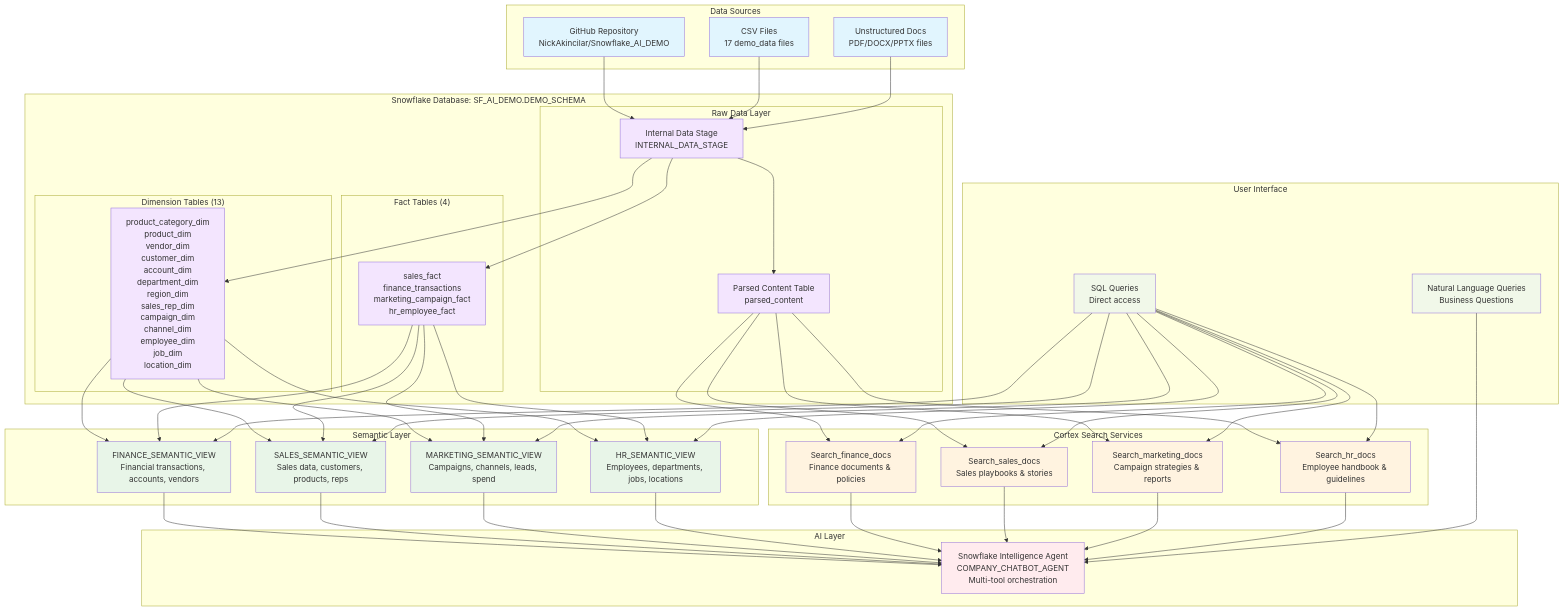
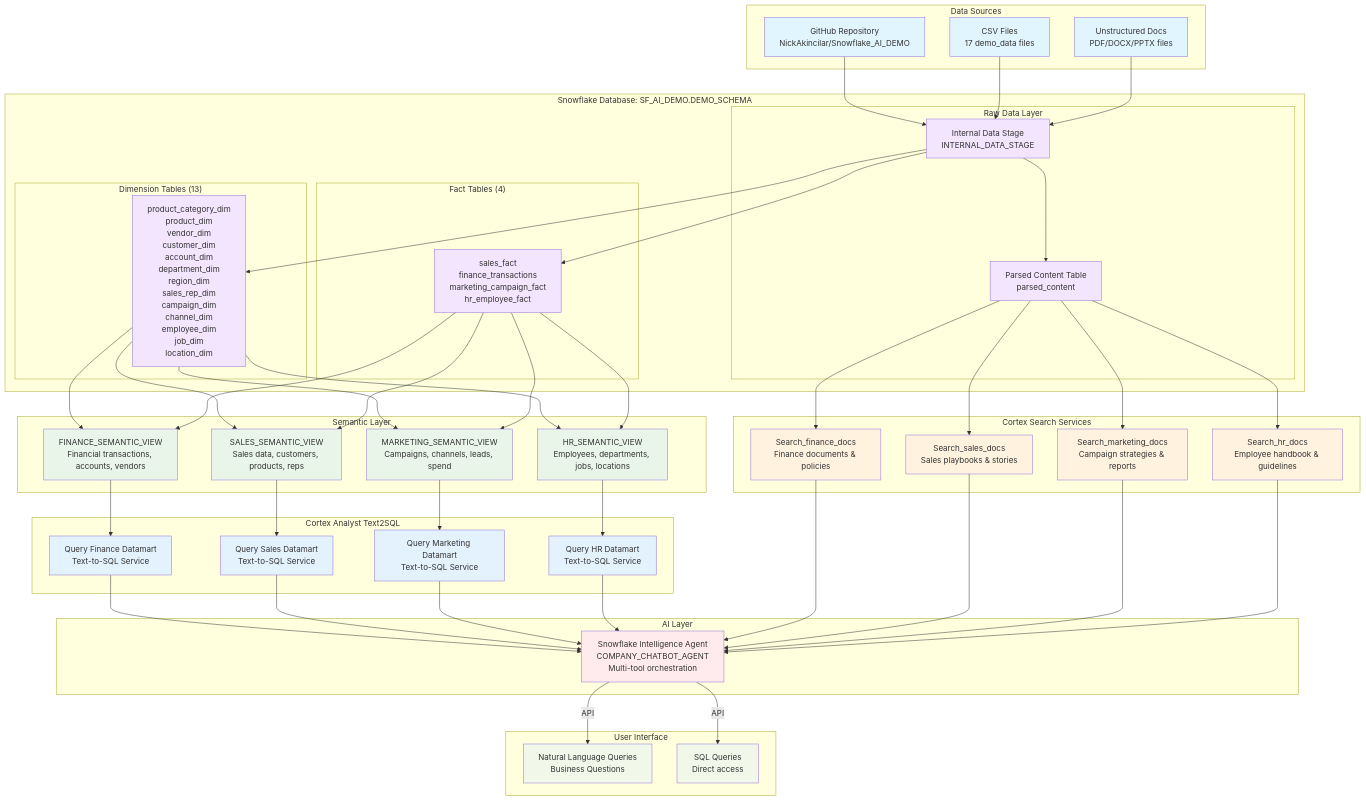
One commit to shabnam-b/Snowflake_AI_DEMO changed the diagram in README.md. Above: the diagram before and after it, drawn with Mermaid. The commit also changed other lines of this file, not shown here.

```diff
--- a/README.md
+++ b/README.md
@@ -70,6 +70,13 @@
         I[SALES_SEMANTIC_VIEW<br/>Sales data, customers, products, reps]
         J[MARKETING_SEMANTIC_VIEW<br/>Campaigns, channels, leads, spend]
         K[HR_SEMANTIC_VIEW<br/>Employees, departments, jobs, locations]
+    end
+
+    subgraph "Cortex Analyst Text2SQL"
+        S[Query Finance Datamart<br/>Text-to-SQL Service]
+        T[Query Sales Datamart<br/>Text-to-SQL Service]
+        U[Query Marketing Datamart<br/>Text-to-SQL Service]
+        V[Query HR Datamart<br/>Text-to-SQL Service]
     end
 
     subgraph "Cortex Search Services"
@@ -106,6 +113,12 @@
     F --> K
     G --> K
     
+    %% Cortex Analyst connections
+    H --> S
+    I --> T
+    J --> U
+    K --> V
+    
     %% Search Services
     E --> L
     E --> M
@@ -113,30 +126,24 @@
     E --> O
     
     %% Agent Connections
-    H --> P
-    I --> P
-    J --> P
-    K --> P
+    S --> P
+    T --> P
+    U --> P
+    V --> P
     L --> P
     M --> P
     N --> P
     O --> P
     
-    %% User Access
-    Q --> P
-    R --> H
-    R --> I
-    R --> J
-    R --> K
-    R --> L
-    R --> M
-    R --> N
-    R --> O
+    %% User Access via API
+    P -->|API| Q
+    P -->|API| R
 
     %% Styling
     classDef dataSource fill:#e1f5fe
     classDef database fill:#f3e5fe
     classDef semantic fill:#e8f5e8
+    classDef analyst fill:#e3f2fd
     classDef search fill:#fff3e0
     classDef agent fill:#ffebee
     classDef user fill:#f1f8e9
@@ -144,6 +151,7 @@
     class A,B,C dataSource
     class D,E,F,G database
     class H,I,J,K semantic
+    class S,T,U,V analyst
     class L,M,N,O search
     class P agent
     class Q,R user
```
